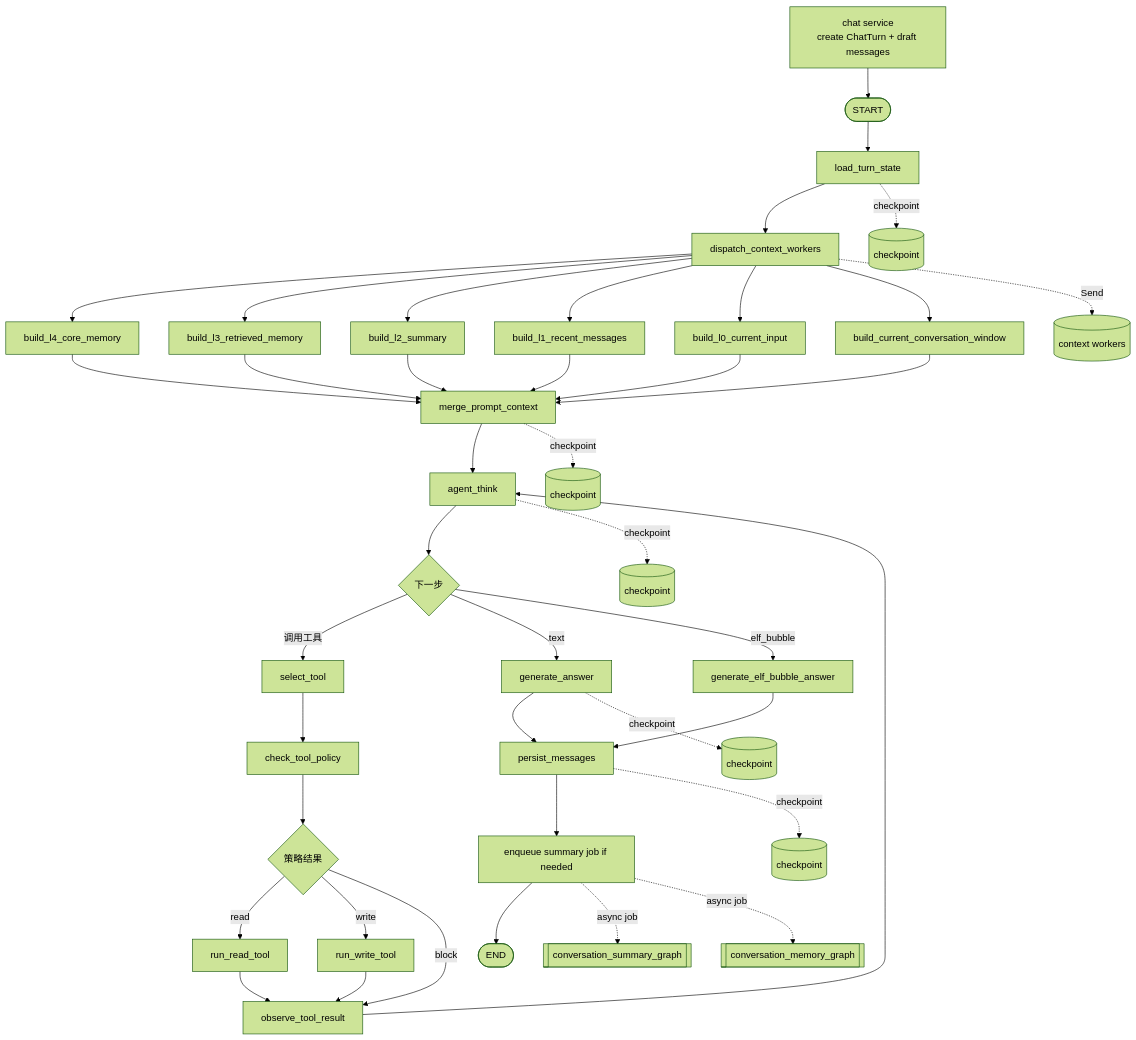
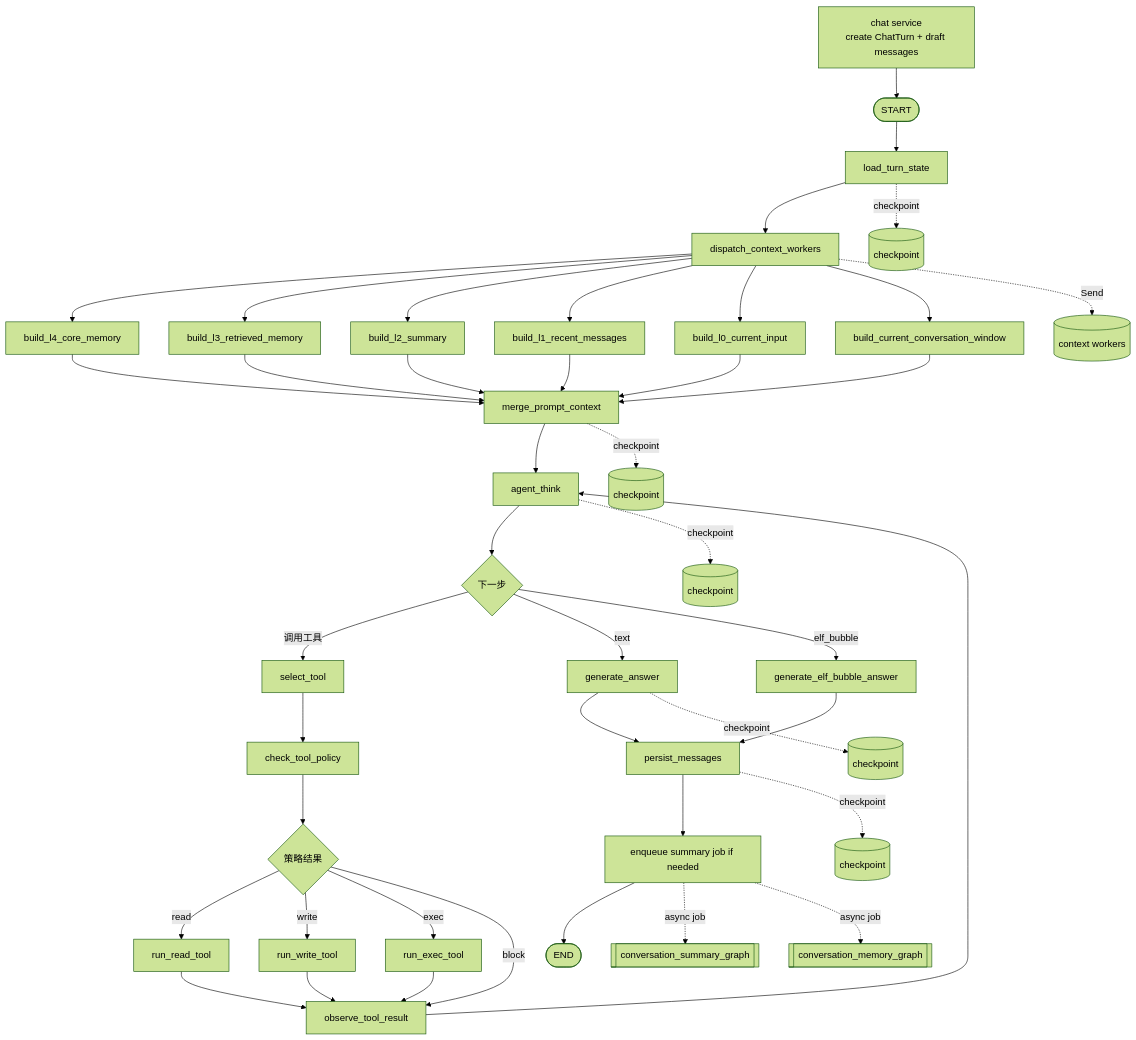
The first of 5 diagrams in docs/agent/memory-chat-graph.md (LiuJiaxuan1024/AiMemo), drawn with Mermaid (forest theme) before and after one commit. The commit also changed other lines of this file and 17 other files, not shown here.

Commit message:
add new tool: exec

````diff
--- a/docs/agent/memory-chat-graph.md
+++ b/docs/agent/memory-chat-graph.md
@@ -11,44 +11,46 @@
 ```mermaid
 flowchart TD
     Precreate[chat service<br/>create ChatTurn + draft messages] --> Start([START])
     Start([START]) --> Load[load_turn_state]
     Load --> Dispatch[dispatch_context_workers]
     Dispatch --> L4[build_l4_core_memory]
     Dispatch --> L3[build_l3_retrieved_memory]
     Dispatch --> L2[build_l2_summary]
     Dispatch --> L1[build_l1_recent_messages]
     Dispatch --> L0[build_l0_current_input]
     Dispatch --> Window[build_current_conversation_window]
     L4 --> Merge[merge_prompt_context]
     L3 --> Merge
     L2 --> Merge
     L1 --> Merge
     L0 --> Merge
     Window --> Merge
     Merge --> AgentThink[agent_think]
     AgentThink --> Route{下一步}
     Route -->|调用工具| SelectTool[select_tool]
     SelectTool --> Policy[check_tool_policy]
     Policy --> PolicyRoute{策略结果}
     PolicyRoute -->|read| RunRead[run_read_tool]
     PolicyRoute -->|write| RunWrite[run_write_tool]
+    PolicyRoute -->|exec| RunExec[run_exec_tool]
     PolicyRoute -->|block| Observe[observe_tool_result]
     RunRead --> Observe
     RunWrite --> Observe
+    RunExec --> Observe
     Observe --> AgentThink
     Route -->|text| Generate[generate_answer]
     Route -->|elf_bubble| BubbleGenerate[generate_elf_bubble_answer]
     Generate --> Persist[persist_messages]
     BubbleGenerate --> Persist
     Persist --> MaybeSummary[enqueue summary job if needed]
     MaybeSummary --> End([END])
     MaybeSummary -. async job .-> SummaryGraph[[conversation_summary_graph]]
     MaybeSummary -. async job .-> MemoryGraph[[conversation_memory_graph]]
 
     Load -. checkpoint .-> CP1[(checkpoint)]
     Dispatch -. Send .-> Workers[(context workers)]
     Merge -. checkpoint .-> CP2[(checkpoint)]
     AgentThink -. checkpoint .-> CP3[(checkpoint)]
     Generate -. checkpoint .-> CP4[(checkpoint)]
     Persist -. checkpoint .-> CP5[(checkpoint)]
 ```
````
